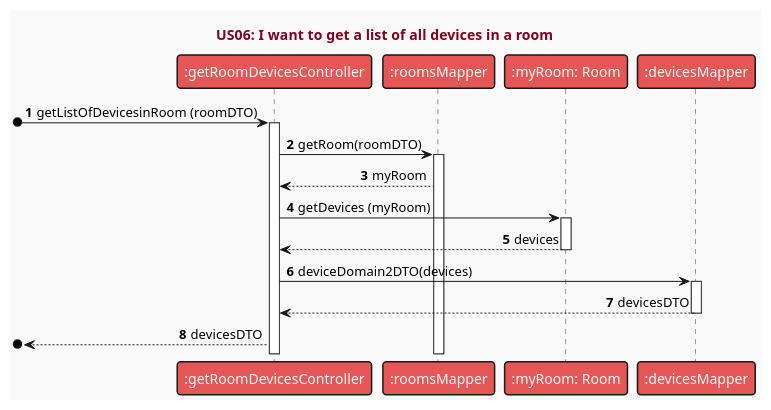
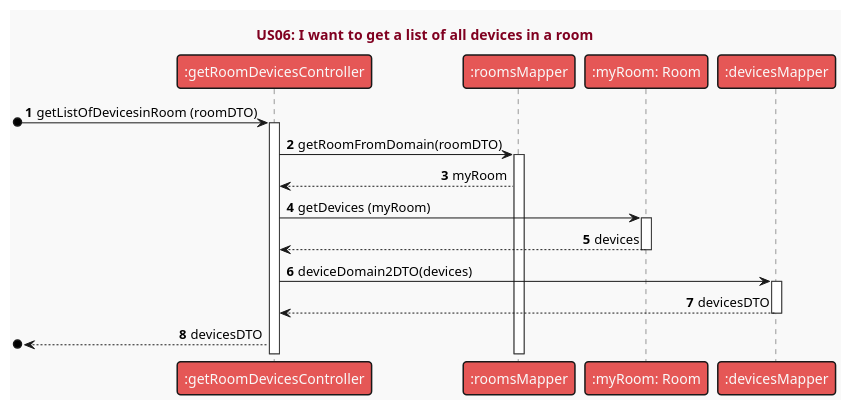
One commit to RicardoAraujoPT/SmartHome2 changed the diagram in src/main/java/pt/ipp/isep/dei/examples/basic/domain/SmartHome/UML/US06.puml. Above: the diagram before and after it, drawn with PlantUML.

Commit message:
Updated US06 - nomenclature of getRoom(roomDTO) to getRoomFromDomain

```diff
--- a/src/main/java/pt/ipp/isep/dei/examples/basic/domain/SmartHome/UML/US06.puml
+++ b/src/main/java/pt/ipp/isep/dei/examples/basic/domain/SmartHome/UML/US06.puml
@@ -1,36 +1,36 @@
 @startuml
 'https://plantuml.com/sequence-diagram
 
 !theme mars
 skinparam sequenceMessageAlign direction
 title <font color=#800020> US06:  I want to get a list of all devices in a room </font>
 
 autonumber
 
 participant ":getRoomDevicesController"
 participant ":roomsMapper"
 participant ":myRoom: Room"
 participant ":devicesMapper"
 
 [o-> ":getRoomDevicesController" :getListOfDevicesinRoom (roomDTO)
 activate ":getRoomDevicesController"
 
-":getRoomDevicesController" -> ":roomsMapper" : getRoom(roomDTO)
+":getRoomDevicesController" -> ":roomsMapper" : getRoomFromDomain(roomDTO)
 activate ":roomsMapper"
 ":roomsMapper" --> ":getRoomDevicesController" : myRoom
 
 
 ":getRoomDevicesController" -> ":myRoom: Room" : getDevices (myRoom)
 activate ":myRoom: Room"
 ":myRoom: Room" --> ":getRoomDevicesController" : devices
 deactivate ":myRoom: Room"
 
 ":getRoomDevicesController" -> ":devicesMapper" : deviceDomain2DTO(devices)
 activate ":devicesMapper"
 
 ":devicesMapper" --> ":getRoomDevicesController" : devicesDTO
 deactivate ":devicesMapper"
 
 [o<-- ":getRoomDevicesController" : devicesDTO
 
 @enduml
```
